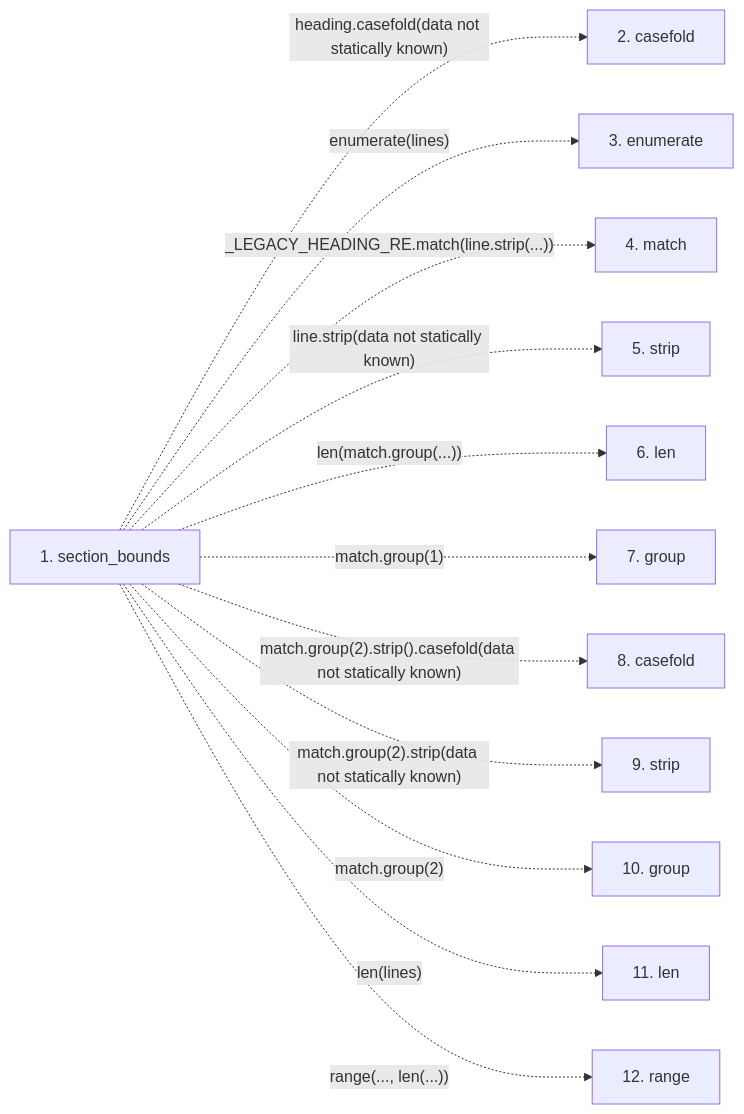
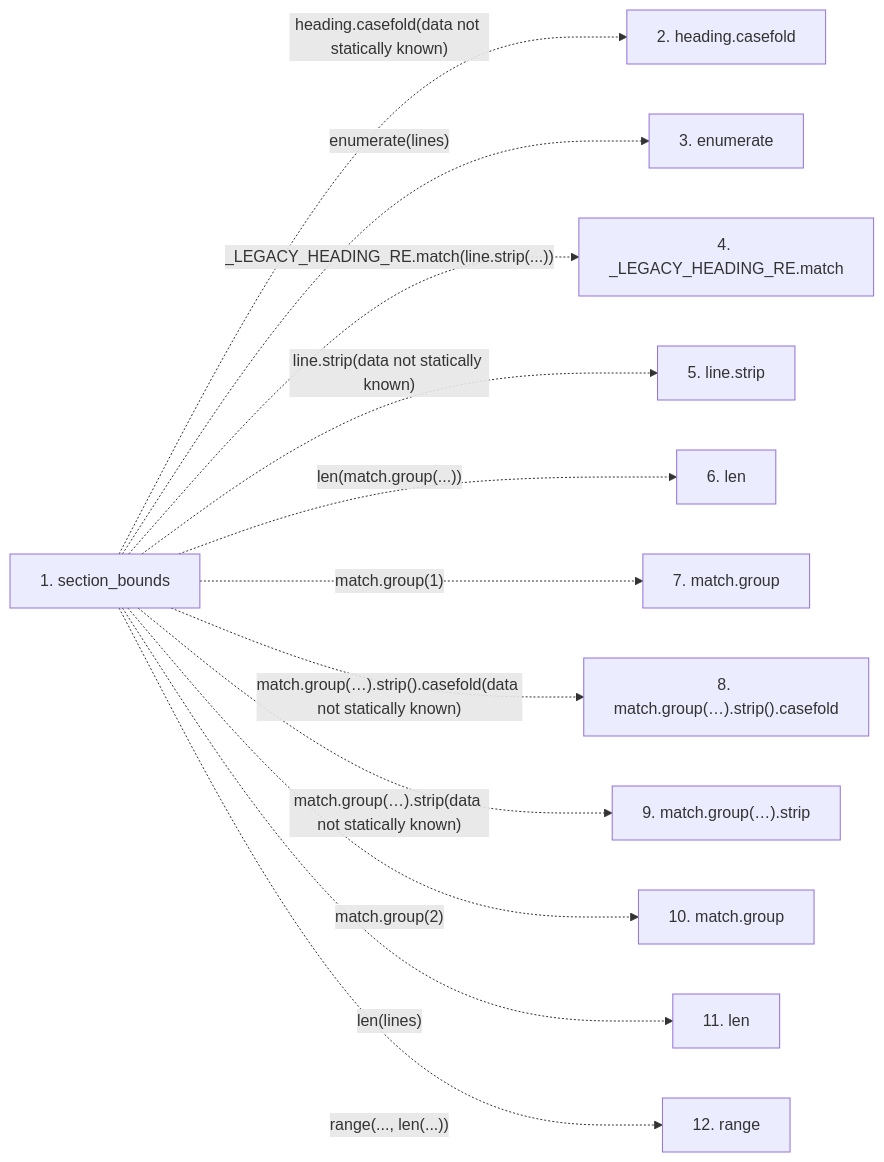
One commit to Denissvgn/python-wiki-llm changed the second of 2 diagrams in docs/llm_wiki/flows/api-section_bounds.md. Above: the diagram before and after it, drawn with Mermaid. The commit also changed other lines of this file and 719 other files, not shown here.

````diff
--- a/docs/llm_wiki/flows/api-section_bounds.md
+++ b/docs/llm_wiki/flows/api-section_bounds.md
@@ -41,27 +45,27 @@
 ```mermaid
 flowchart LR
     s1["1. section_bounds"]
-    s2["2. casefold"]
+    s2["2. heading.casefold"]
     s3["3. enumerate"]
-    s4["4. match"]
-    s5["5. strip"]
+    s4["4. _LEGACY_HEADING_RE.match"]
+    s5["5. line.strip"]
     s6["6. len"]
-    s7["7. group"]
-    s8["8. casefold"]
-    s9["9. strip"]
-    s10["10. group"]
+    s7["7. match.group"]
+    s8["8. match.group(…).strip().casefold"]
+    s9["9. match.group(…).strip"]
+    s10["10. match.group"]
     s11["11. len"]
     s12["12. range"]
     s1 -. "heading.casefold(data not statically known)" .-> s2
     s1 -. "enumerate(lines)" .-> s3
     s1 -. "_LEGACY_HEADING_RE.match(line.strip(...))" .-> s4
     s1 -. "line.strip(data not statically known)" .-> s5
     s1 -. "len(match.group(...))" .-> s6
     s1 -. "match.group(1)" .-> s7
-    s1 -. "match.group(2).strip().casefold(data not statically known)" .-> s8
-    s1 -. "match.group(2).strip(data not statically known)" .-> s9
+    s1 -. "match.group(…).strip().casefold(data not statically known)" .-> s8
+    s1 -. "match.group(…).strip(data not statically known)" .-> s9
     s1 -. "match.group(2)" .-> s10
     s1 -. "len(lines)" .-> s11
     s1 -. "range(..., len(...))" .-> s12
     click s1 "../modules/markdown_sections.md"
 ```
````
